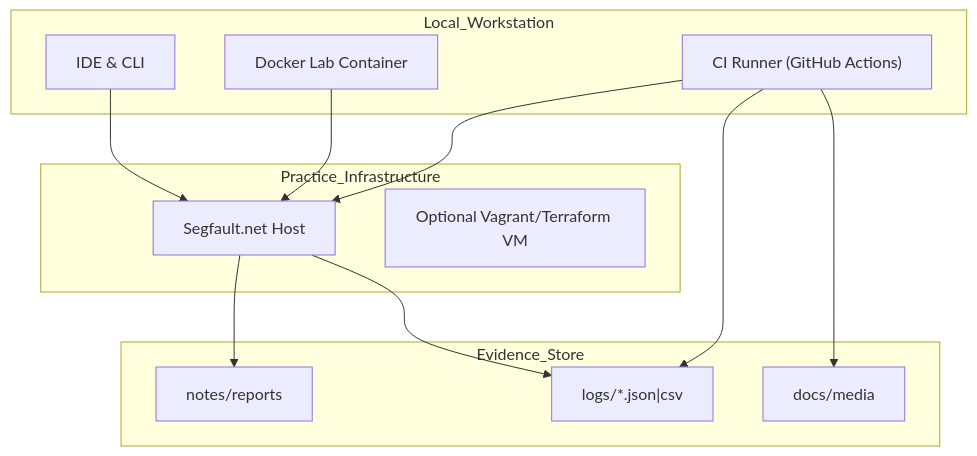
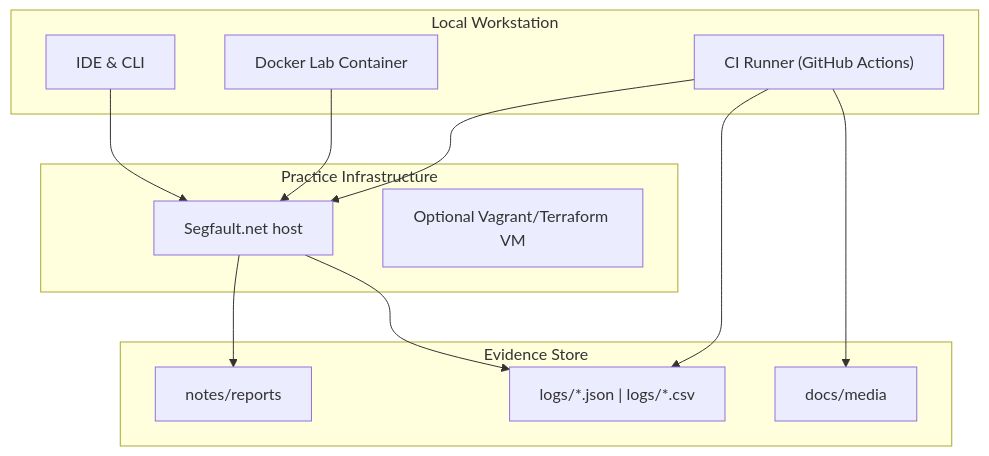
The second of 2 diagrams in README.md (Prashant-b97/remote-linux-lab), drawn with Mermaid before and after one commit. The commit also changed other lines of this file, not shown here.

Commit message:
Refine mermaid diagrams for clearer walkthroughs

````diff
--- a/README.md
+++ b/README.md
@@ -31,25 +32,25 @@
 ```mermaid
 graph TD
-  subgraph Local_Workstation
+  subgraph "Local Workstation"
     editor["IDE & CLI"]
+    container["Docker Lab Container"]
     automation["CI Runner (GitHub Actions)"]
-    container["Docker Lab Container"]
   end
-  subgraph Practice_Infrastructure
-    segfault["Segfault.net Host"]
+  subgraph "Practice Infrastructure"
+    segfault["Segfault.net host"]
     vagrant["Optional Vagrant/Terraform VM"]
   end
-  subgraph Evidence_Store
+  subgraph "Evidence Store"
     notes_repo["notes/reports"]
-    metrics_repo["logs/*.json|csv"]
+    metrics_repo["logs/*.json | logs/*.csv"]
     media_repo["docs/media"]
   end
 
   editor --> segfault
   container --> segfault
   automation --> segfault
   segfault --> notes_repo
   segfault --> metrics_repo
   automation --> metrics_repo
   automation --> media_repo
 ```
````
